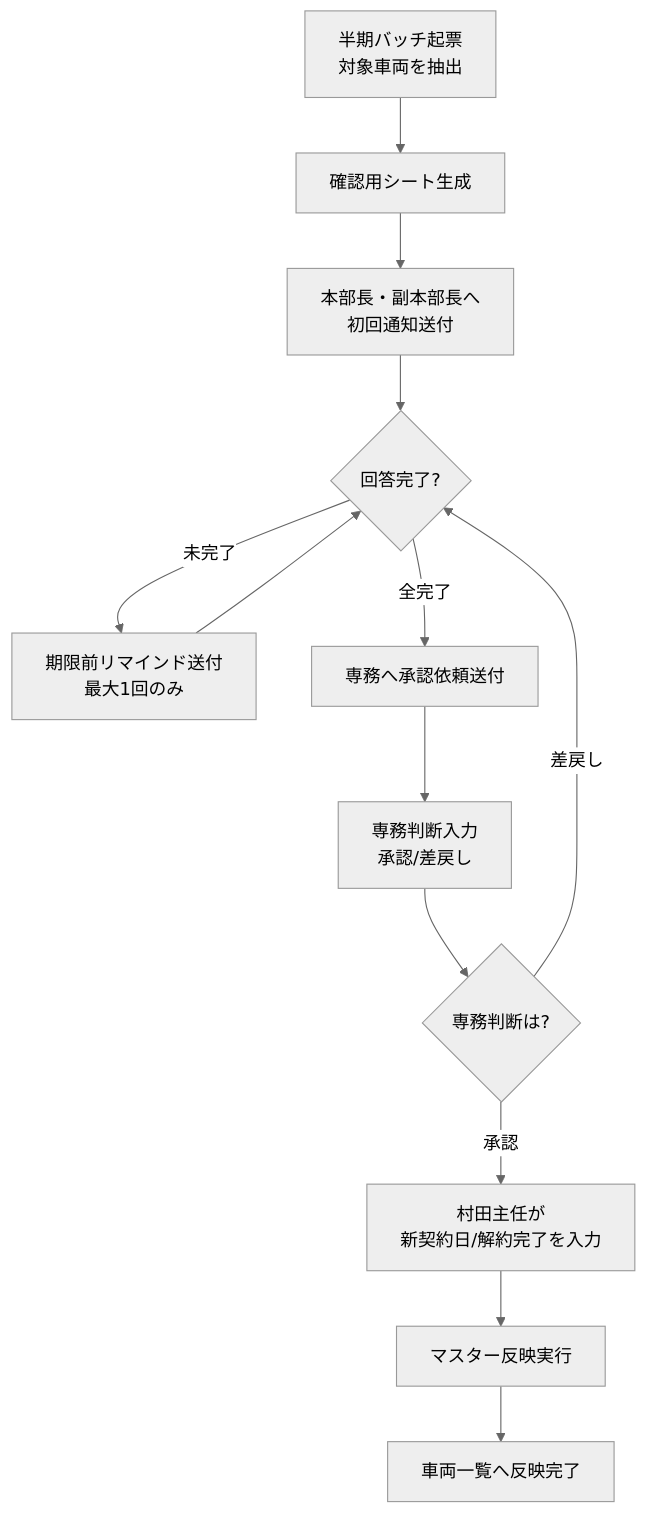
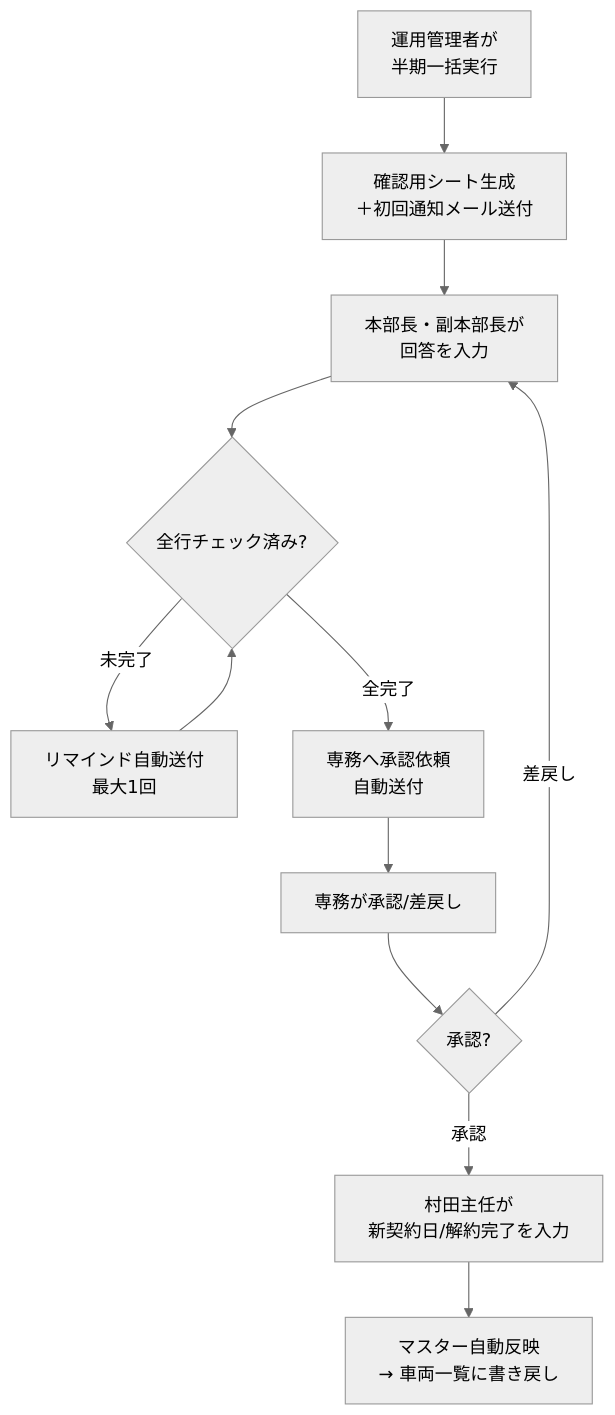
One commit to yushi-kato/kurahashi-agent changed the diagram in docs/operations/operation_manual_vehicle_lease_renewal.md. Above: the diagram before and after it, drawn with Mermaid (neutral theme). The commit also changed other lines of this file and 1 other file, not shown here.

````diff
--- a/docs/operations/operation_manual_vehicle_lease_renewal.md
+++ b/docs/operations/operation_manual_vehicle_lease_renewal.md
@@ -72,15 +37,14 @@
 ```mermaid
 flowchart TD
-    A[半期バッチ起票<br>対象車両を抽出] --> B[確認用シート生成]
-    B --> C[本部長・副本部長へ<br>初回通知送付]
-    C --> D{回答完了?}
-    D -->|未完了| E[期限前リマインド送付<br>最大1回のみ]
-    D -->|全完了| F[専務へ承認依頼送付]
+    A[運用管理者が<br>半期一括実行] --> B[確認用シート生成<br>＋初回通知メール送付]
+    B --> C[本部長・副本部長が<br>回答を入力]
+    C --> D{全行チェック済み?}
+    D -->|未完了| E[リマインド自動送付<br>最大1回]
+    D -->|全完了| F[専務へ承認依頼<br>自動送付]
     E --> D
-    F --> G[専務判断入力<br>承認/差戻し]
-    G --> H{専務判断は?}
+    F --> G[専務が承認/差戻し]
+    G --> H{承認?}
     H -->|承認| I[村田主任が<br>新契約日/解約完了を入力]
-    H -->|差戻し| D
-    I --> J[マスター反映実行]
-    J --> K[車両一覧へ反映完了]
+    H -->|差戻し| C
+    I --> J[マスター自動反映<br>→ 車両一覧に書き戻し]
 ```
````
